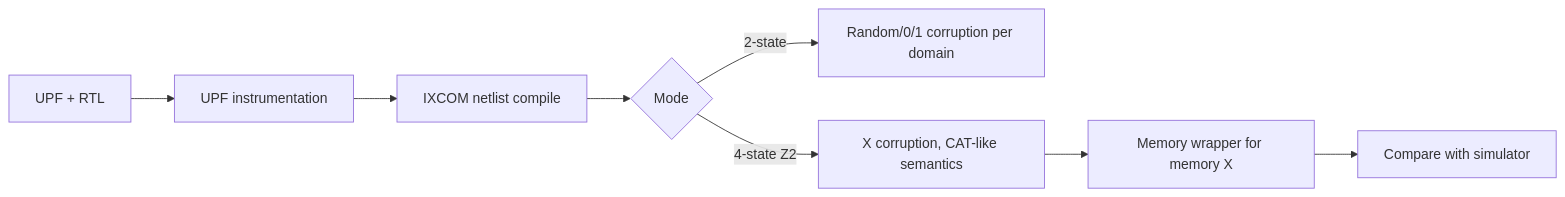
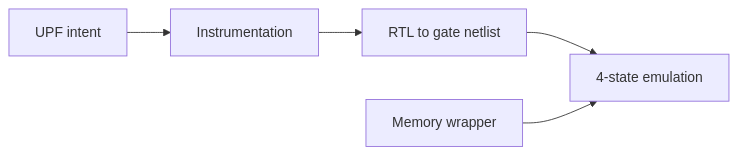
Before and after one commit to nemo99007/yt-paper: the diagram in docs/papers/ref-20261018-fbca-complexities-challenges-of-upf-corruption-model-in-low-power.md, drawn with Mermaid. The commit also changed other lines of this file and 29 other files, not shown here.

````diff
--- a/docs/papers/ref-20261018-fbca-complexities-challenges-of-upf-corruption-model-in-low-power.md
+++ b/docs/papers/ref-20261018-fbca-complexities-challenges-of-upf-corruption-model-in-low-power.md
@@ -264,10 +225,7 @@
 ```mermaid
 flowchart LR
-    A[UPF + RTL] --> B[UPF instrumentation]
-    B --> C[IXCOM netlist compile]
-    C --> D{Mode}
-    D -->|2-state| E[Random/0/1 corruption per domain]
-    D -->|4-state Z2| F[X corruption, CAT-like semantics]
-    F --> G[Memory wrapper for memory X]
-    G --> H[Compare with simulator]
+  UPF[UPF intent] --> Inst[Instrumentation]
+  Inst --> RTL[RTL to gate netlist]
+  RTL --> EMU[4-state emulation]
+  Mem[Memory wrapper] --> EMU
 ```
````
